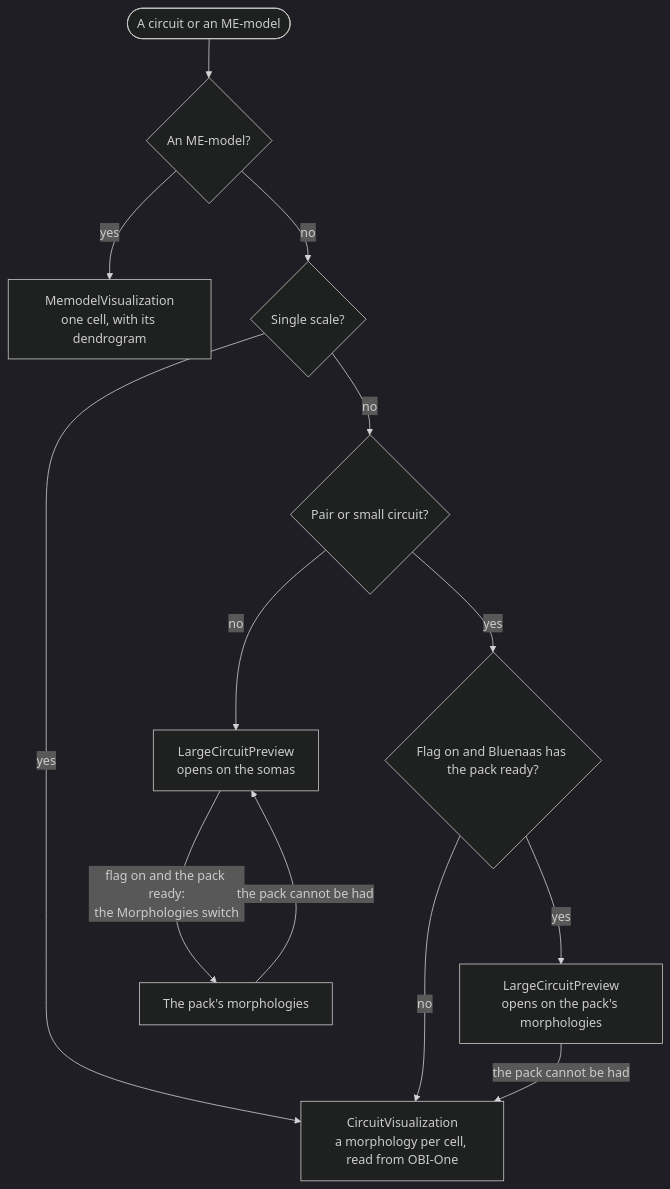
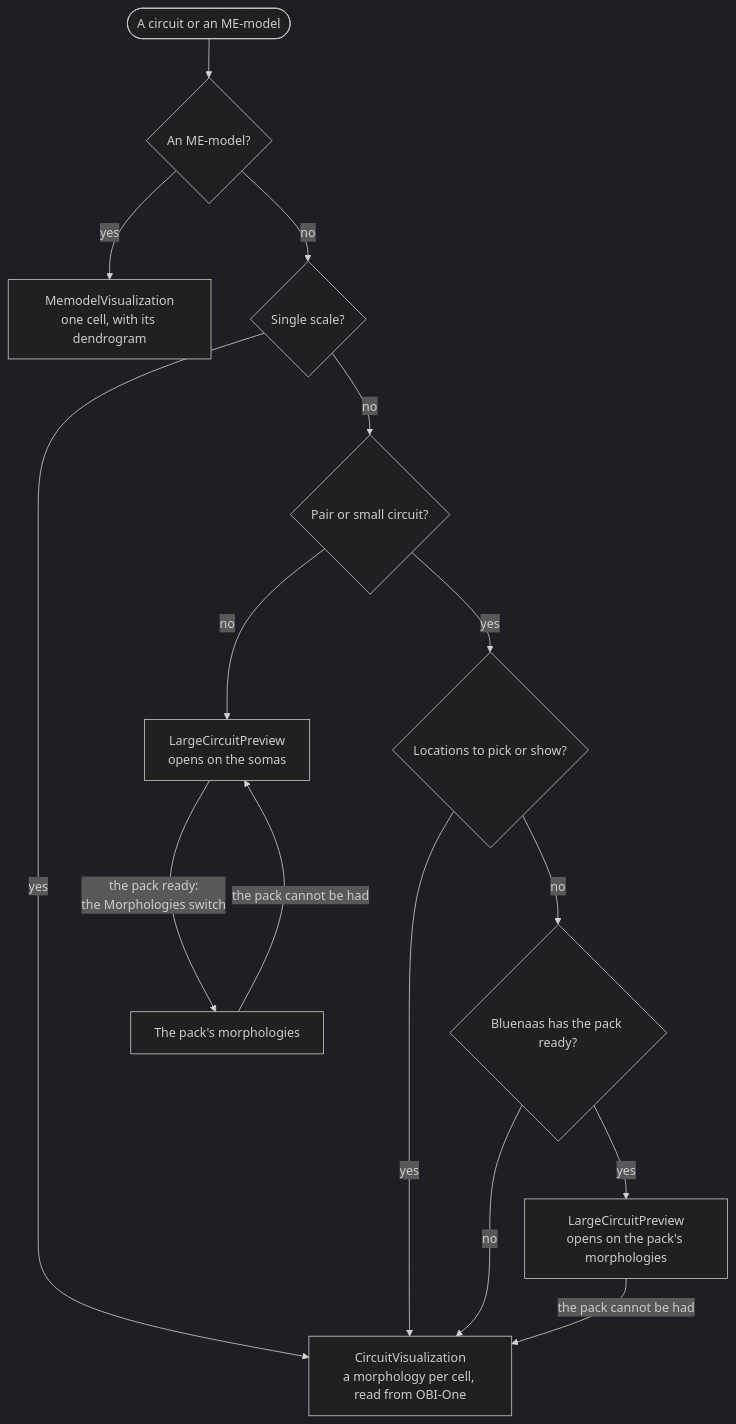
The first of 3 diagrams in src/features/circuit-viewer/README.md (openbraininstitute/core-web-app), drawn with Mermaid (dark theme) before and after one commit. The commit also changed other lines of this file and 10 other files, not shown here.

First line of the commit message:
Ship circuit morphologies without the circuit-morphologies flag (#2086)

````diff
--- a/src/features/circuit-viewer/README.md
+++ b/src/features/circuit-viewer/README.md
@@ -26,15 +24,17 @@
 ```mermaid
 flowchart TD
   start(["A circuit or an ME-model"]) --> memodel{"An ME-model?"}
   memodel -- yes --> one["MemodelVisualization<br/>one cell, with its dendrogram"]
   memodel -- no --> single{"Single scale?"}
   single -- yes --> each["CircuitVisualization<br/>a morphology per cell, read from OBI-One"]
   single -- no --> small{"Pair or small circuit?"}
-  small -- yes --> packSmall{"Flag on and Bluenaas has the pack ready?"}
+  small -- yes --> needsIds{"Locations to pick or show?"}
+  needsIds -- yes --> each
+  needsIds -- no --> packSmall{"Bluenaas has the pack ready?"}
   packSmall -- no --> each
   packSmall -- yes --> openMorph["LargeCircuitPreview<br/>opens on the pack's morphologies"]
   openMorph -- "the pack cannot be had" --> each
   small -- no --> somas["LargeCircuitPreview<br/>opens on the somas"]
-  somas -- "flag on and the pack ready:<br/>the Morphologies switch" --> morph["The pack's morphologies"]
+  somas -- "the pack ready:<br/>the Morphologies switch" --> morph["The pack's morphologies"]
   morph -- "the pack cannot be had" --> somas
 ```
````
